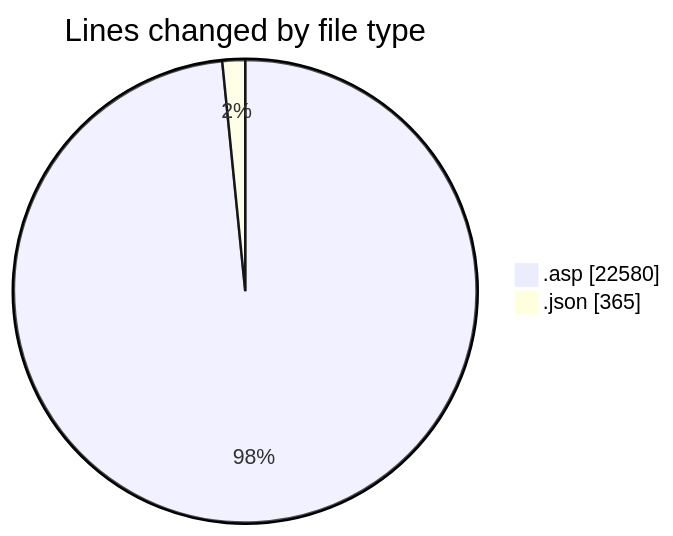
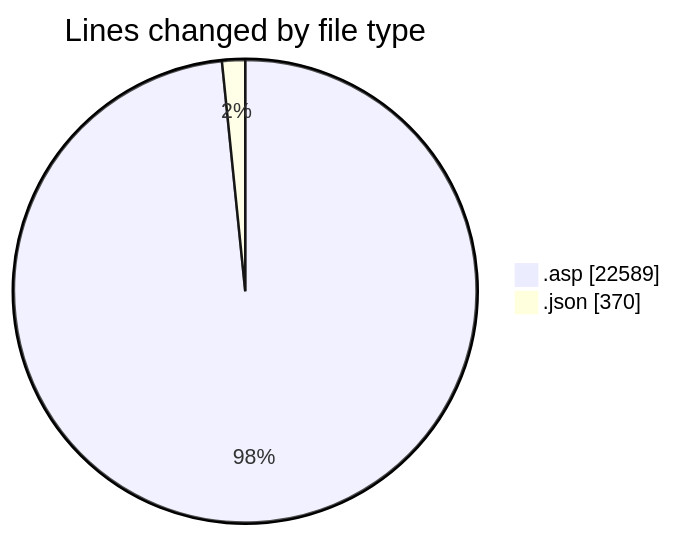
One commit to julien-gomy/code-tracking changed the first of 2 diagrams in 2025-11-01/cdp_aleoudev_fr__workspace_/README.md. Above: the diagram before and after it, drawn with Mermaid. The commit also changed other lines of this file and 1 other file, not shown here.

````diff
--- a/2025-11-01/cdp_aleoudev_fr__workspace_/README.md
+++ b/2025-11-01/cdp_aleoudev_fr__workspace_/README.md
@@ -29,6 +29,6 @@
 ```mermaid
 pie showData
 title Lines changed by file type
-".asp" : 22580
-".json" : 365
+".asp" : 22589
+".json" : 370
 ```
````
